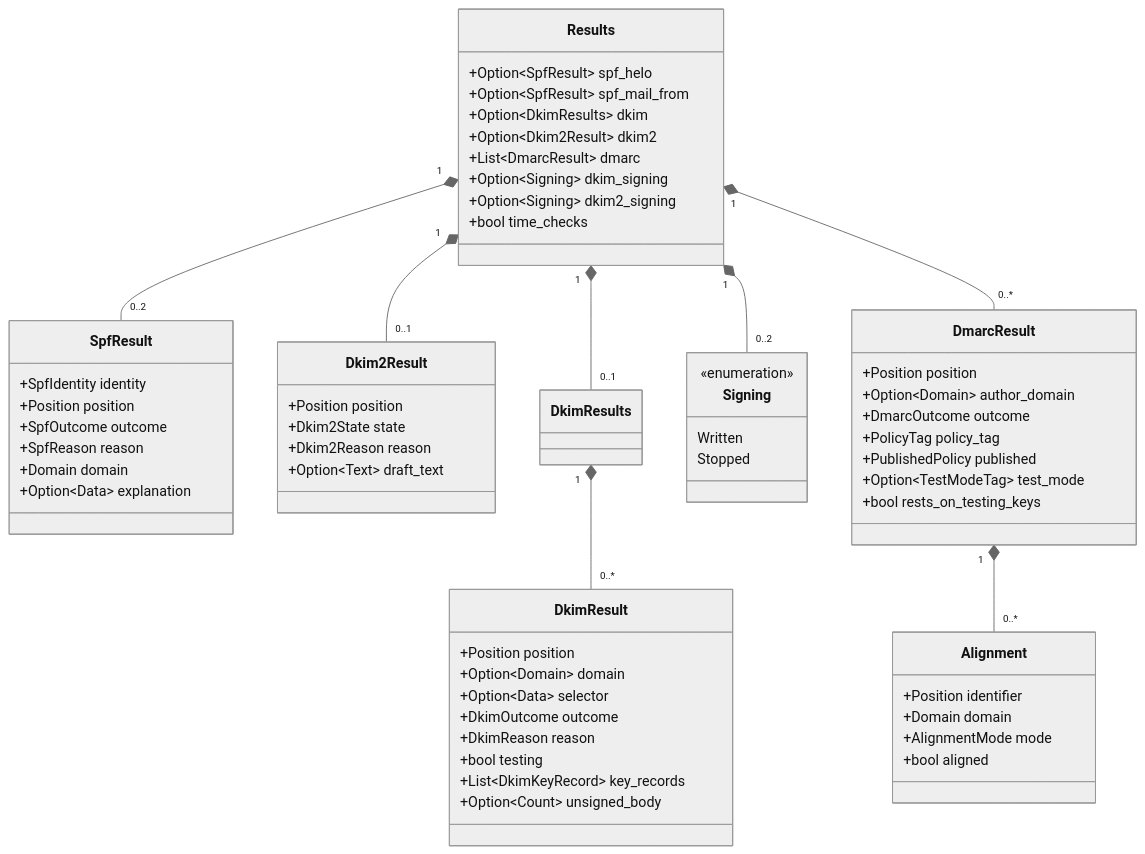
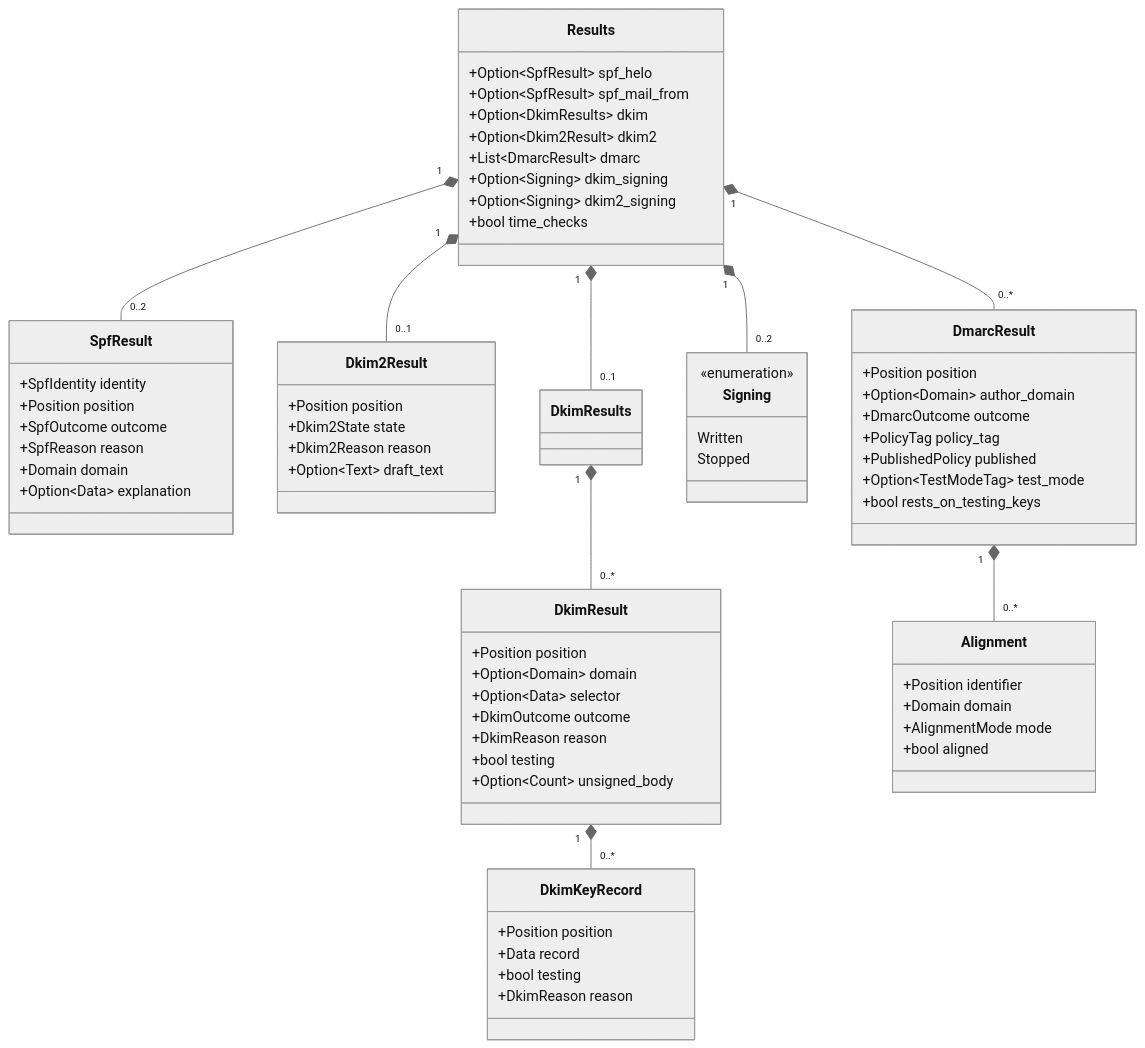
Before and after one commit to photom/hallmark: the fifth of 6 diagrams in docs/reference/design/domain-model.md, drawn with Mermaid (neutral theme). The commit also changed 1 other file, not shown here.

Commit message:
ADR 0054 and the domain model: DkimKeyRecord as its own class
The domain model draws DkimKeyRecord as a class that DkimResult holds,
as it draws Alignment under DmarcResult. ADR 0054 lists key_records as
a third question that came up after the declarations, because PR #7
didn't make that choice, and names the domain model under Affects.

````diff
--- a/docs/reference/design/domain-model.md
+++ b/docs/reference/design/domain-model.md
@@ -251,64 +251,70 @@
 ```mermaid
 classDiagram
     class Results {
         +Option~SpfResult~ spf_helo
         +Option~SpfResult~ spf_mail_from
         +Option~DkimResults~ dkim
         +Option~Dkim2Result~ dkim2
         +List~DmarcResult~ dmarc
         +Option~Signing~ dkim_signing
         +Option~Signing~ dkim2_signing
         +bool time_checks
     }
     class SpfResult {
         +SpfIdentity identity
         +Position position
         +SpfOutcome outcome
         +SpfReason reason
         +Domain domain
         +Option~Data~ explanation
     }
     class DkimResult {
         +Position position
         +Option~Domain~ domain
         +Option~Data~ selector
         +DkimOutcome outcome
         +DkimReason reason
         +bool testing
-        +List~DkimKeyRecord~ key_records
         +Option~Count~ unsigned_body
+    }
+    class DkimKeyRecord {
+        +Position position
+        +Data record
+        +bool testing
+        +DkimReason reason
     }
     class Dkim2Result {
         +Position position
         +Dkim2State state
         +Dkim2Reason reason
         +Option~Text~ draft_text
     }
     class DmarcResult {
         +Position position
         +Option~Domain~ author_domain
         +DmarcOutcome outcome
         +PolicyTag policy_tag
         +PublishedPolicy published
         +Option~TestModeTag~ test_mode
         +bool rests_on_testing_keys
     }
     class Alignment {
         +Position identifier
         +Domain domain
         +AlignmentMode mode
         +bool aligned
     }
     class Signing {
         <<enumeration>>
         Written
         Stopped
     }
     Results "1" *-- "0..2" SpfResult
     Results "1" *-- "0..1" DkimResults
     DkimResults "1" *-- "0..*" DkimResult
+    DkimResult "1" *-- "0..*" DkimKeyRecord
     Results "1" *-- "0..1" Dkim2Result
     Results "1" *-- "0..*" DmarcResult
     DmarcResult "1" *-- "0..*" Alignment
     Results "1" *-- "0..2" Signing
 ```
````
